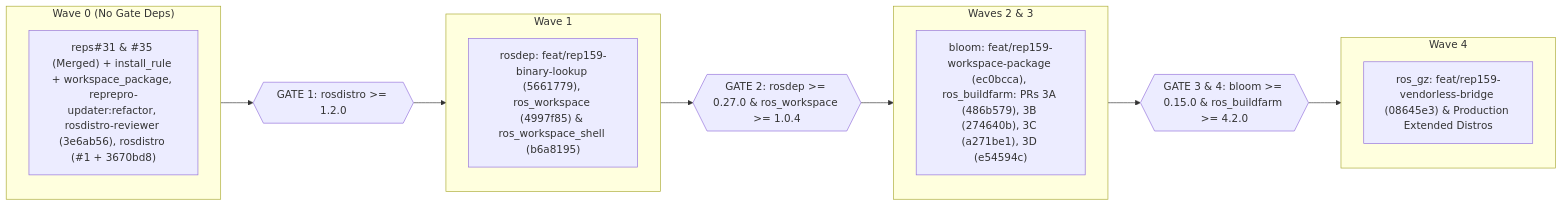
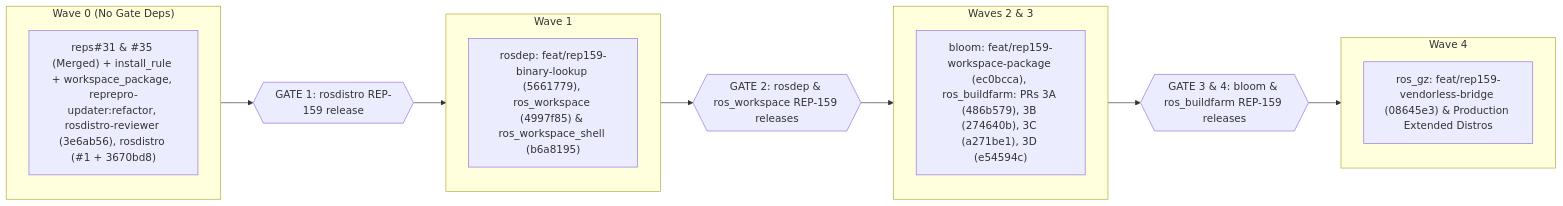
One commit to KmoM88/rep159-testing changed the eighth of 8 diagrams in TOPOLOGICAL_TESTING_EVIDENCE_GIST.md. Above: the diagram before and after it, drawn with Mermaid. The commit also changed 6 other files, not shown here.

Commit message:
Remove speculative future release version numbers from Release Gates across rollout and roadmap docs

````diff
--- a/TOPOLOGICAL_TESTING_EVIDENCE_GIST.md
+++ b/TOPOLOGICAL_TESTING_EVIDENCE_GIST.md
@@ -282,19 +282,19 @@
 ```mermaid
 flowchart LR
     subgraph W0 ["Wave 0 (No Gate Deps)"]
         R0["reps#31 & #35 (Merged) + install_rule + workspace_package, reprepro-updater:refactor, rosdistro-reviewer (3e6ab56), rosdistro (#1 + 3670bd8)"]
     end
-    W0 --> G1{{"GATE 1: rosdistro >= 1.2.0"}}
+    W0 --> G1{{"GATE 1: rosdistro REP-159 release"}}
     subgraph W1 ["Wave 1"]
         R1["rosdep: feat/rep159-binary-lookup (5661779), ros_workspace (4997f85) & ros_workspace_shell (b6a8195)"]
     end
-    G1 --> W1 --> G2{{"GATE 2: rosdep >= 0.27.0 & ros_workspace >= 1.0.4"}}
+    G1 --> W1 --> G2{{"GATE 2: rosdep & ros_workspace REP-159 releases"}}
     subgraph W23 ["Waves 2 & 3"]
         R2["bloom: feat/rep159-workspace-package (ec0bcca), ros_buildfarm: PRs 3A (486b579), 3B (274640b), 3C (a271be1), 3D (e54594c)"]
     end
-    G2 --> W23 --> G4{{"GATE 3 & 4: bloom >= 0.15.0 & ros_buildfarm >= 4.2.0"}}
+    G2 --> W23 --> G4{{"GATE 3 & 4: bloom & ros_buildfarm REP-159 releases"}}
     subgraph W4 ["Wave 4"]
         R4["ros_gz: feat/rep159-vendorless-bridge (08645e3) & Production Extended Distros"]
     end
     G4 --> W4
 ```
````
